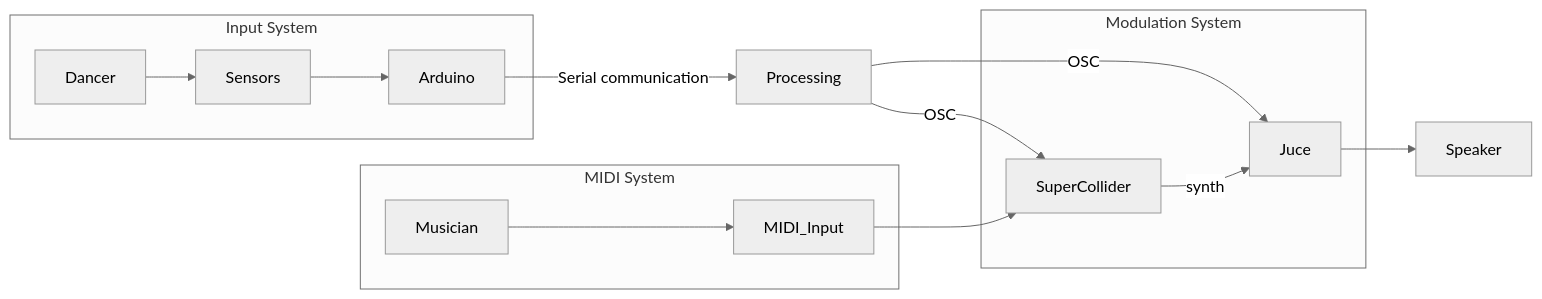
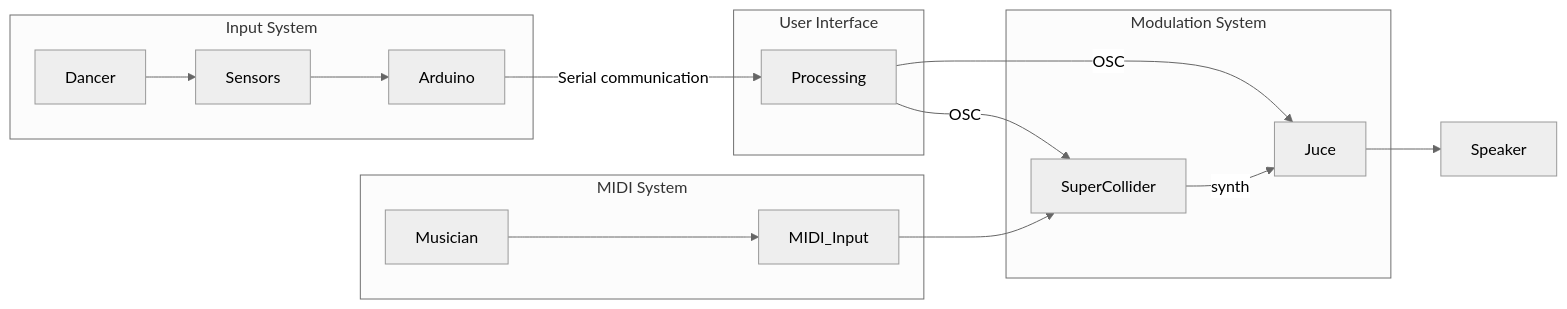
One commit to GiulianoDiLorenzo/Jacob-SuperCollier changed the first of 2 diagrams in README.md. Above: the diagram before and after it, drawn with Mermaid (neutral theme).

````diff
--- a/README.md
+++ b/README.md
@@ -6,29 +6,32 @@
 ```mermaid
 graph LR
     Dancer --> Sensors
     Sensors -->Arduino
     Arduino -->|Serial communication| Processing
     
     Processing -->|OSC| SuperCollider
     Processing -->|OSC| Juce
     
     MIDI_Input --> SuperCollider
     SuperCollider -->|synth| Juce
     
     Juce --> Speaker
 
     subgraph Input System
         Dancer
         Arduino
         Sensors
     end
     
     subgraph MIDI System
         Musician --> MIDI_Input
     end
 
     subgraph Modulation System
         SuperCollider
         Juce
     end
+    subgraph User Interface
+        Processing
+    end
 ```
````
